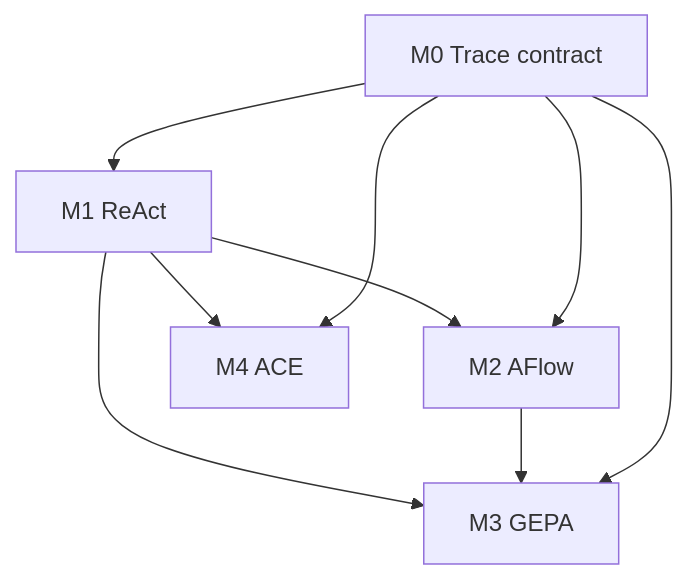
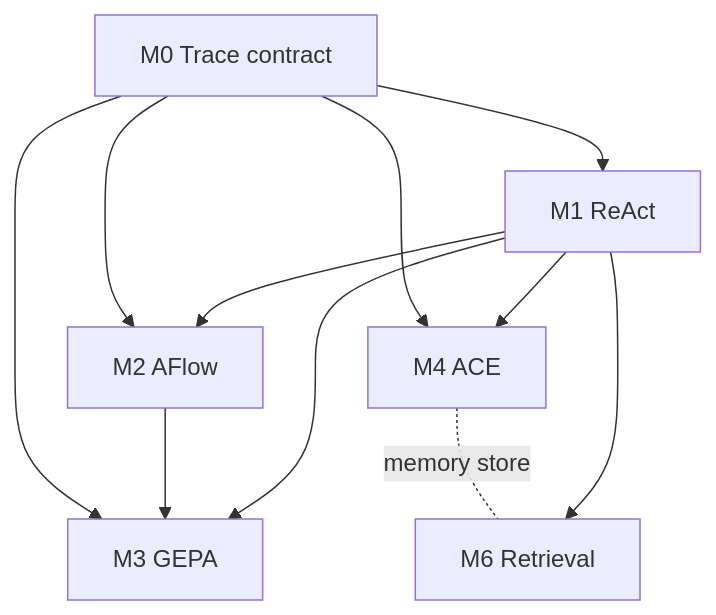
Before and after one commit to boersmamarcel/chatty2: the diagram in docs/research/modules/index.md, drawn with Mermaid. The commit also changed other lines of this file and 5 other files, not shown here.

````diff
--- a/docs/research/modules/index.md
+++ b/docs/research/modules/index.md
@@ -11,11 +11,13 @@
 ```mermaid
 flowchart TB
   M0[M0 Trace contract] --> M1[M1 ReAct]
   M1 --> M2[M2 AFlow]
   M1 --> M3[M3 GEPA]
   M1 --> M4[M4 ACE]
   M2 --> M3
   M0 --> M2
   M0 --> M3
   M0 --> M4
+  M1 --> M6[M6 Retrieval]
+  M4 -.memory store.- M6
 ```
````
